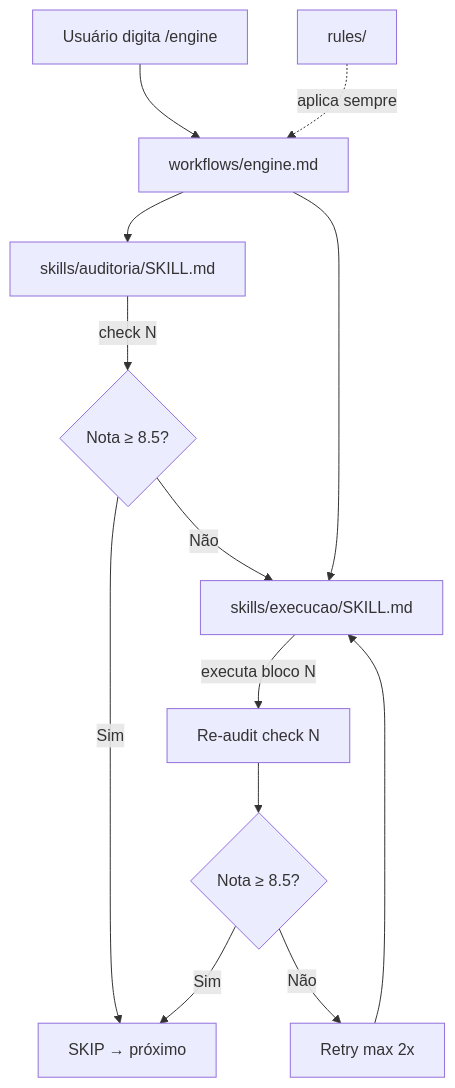
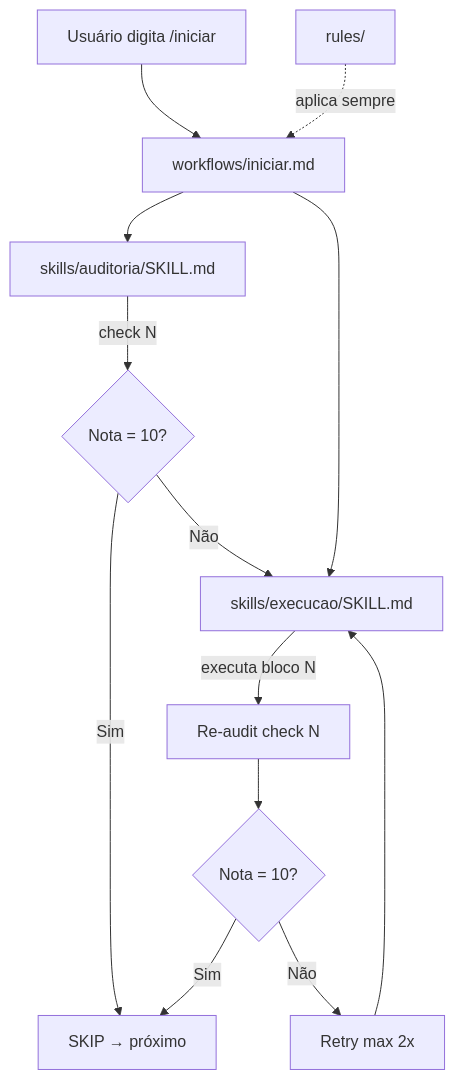
Before and after one commit to Brunomobuk/mobuk-optimizer: the diagram in .context/10_architecture.md, drawn with Mermaid. The commit also changed other lines of this file and 33 other files, not shown here.

````diff
--- a/.context/10_architecture.md
+++ b/.context/10_architecture.md
@@ -46,15 +42,15 @@
 ```mermaid
 graph TD
-    U[Usuário digita /engine] --> W[workflows/engine.md]
+    U[Usuário digita /iniciar] --> W[workflows/iniciar.md]
     W --> A[skills/auditoria/SKILL.md]
     W --> E[skills/execucao/SKILL.md]
-    A -->|check N| SCORE{Nota ≥ 8.5?}
+    A -->|check N| SCORE{Nota = 10?}
     SCORE -->|Sim| SKIP[SKIP → próximo]
     SCORE -->|Não| E
     E -->|executa bloco N| A2[Re-audit check N]
-    A2 --> SCORE2{Nota ≥ 8.5?}
+    A2 --> SCORE2{Nota = 10?}
     SCORE2 -->|Sim| SKIP
     SCORE2 -->|Não| RETRY[Retry max 2x]
     RETRY --> E
     R[rules/] -.->|aplica sempre| W
 ```
````
